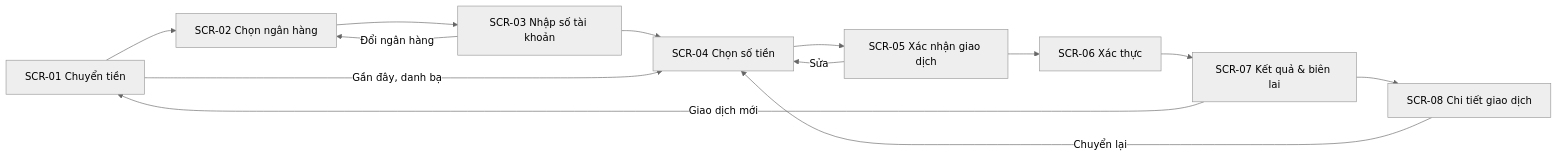
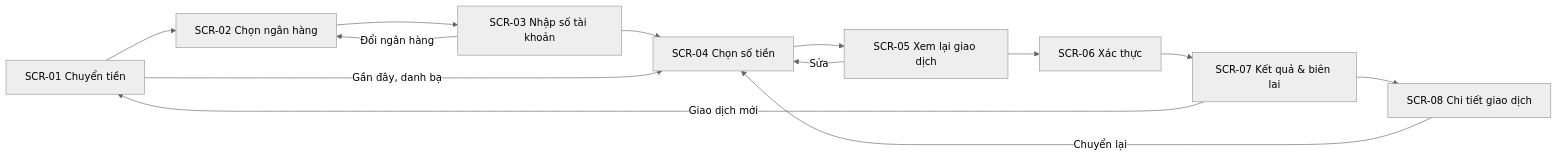
One commit to uxfoundation-vn/de07-chuyen-khoan-ngan-hang changed the third of 3 diagrams in README.md. Above: the diagram before and after it, drawn with Mermaid (neutral theme). The commit also changed other lines of this file and 2 other files, not shown here.

First line of the commit message:
Đề 7: bấm Xác nhận ở màn chọn số tiền rồi mới xem lại giao dịch

````diff
--- a/README.md
+++ b/README.md
@@ -69,15 +69,15 @@
 ```mermaid
 flowchart LR
   S01["SCR-01 Chuyển tiền"] --> S02["SCR-02 Chọn ngân hàng"]
   S02 --> S03["SCR-03 Nhập số tài khoản"]
   S03 -->|Đổi ngân hàng| S02
   S03 --> S04["SCR-04 Chọn số tiền"]
   S01 -->|Gần đây, danh bạ| S04
-  S04 --> S05["SCR-05 Xác nhận giao dịch"]
+  S04 --> S05["SCR-05 Xem lại giao dịch"]
   S05 -->|Sửa| S04
   S05 --> S06["SCR-06 Xác thực"]
   S06 --> S07["SCR-07 Kết quả & biên lai"]
   S07 -->|Giao dịch mới| S01
   S07 --> S08["SCR-08 Chi tiết giao dịch"]
   S08 -->|Chuyển lại| S04
 ```
````
